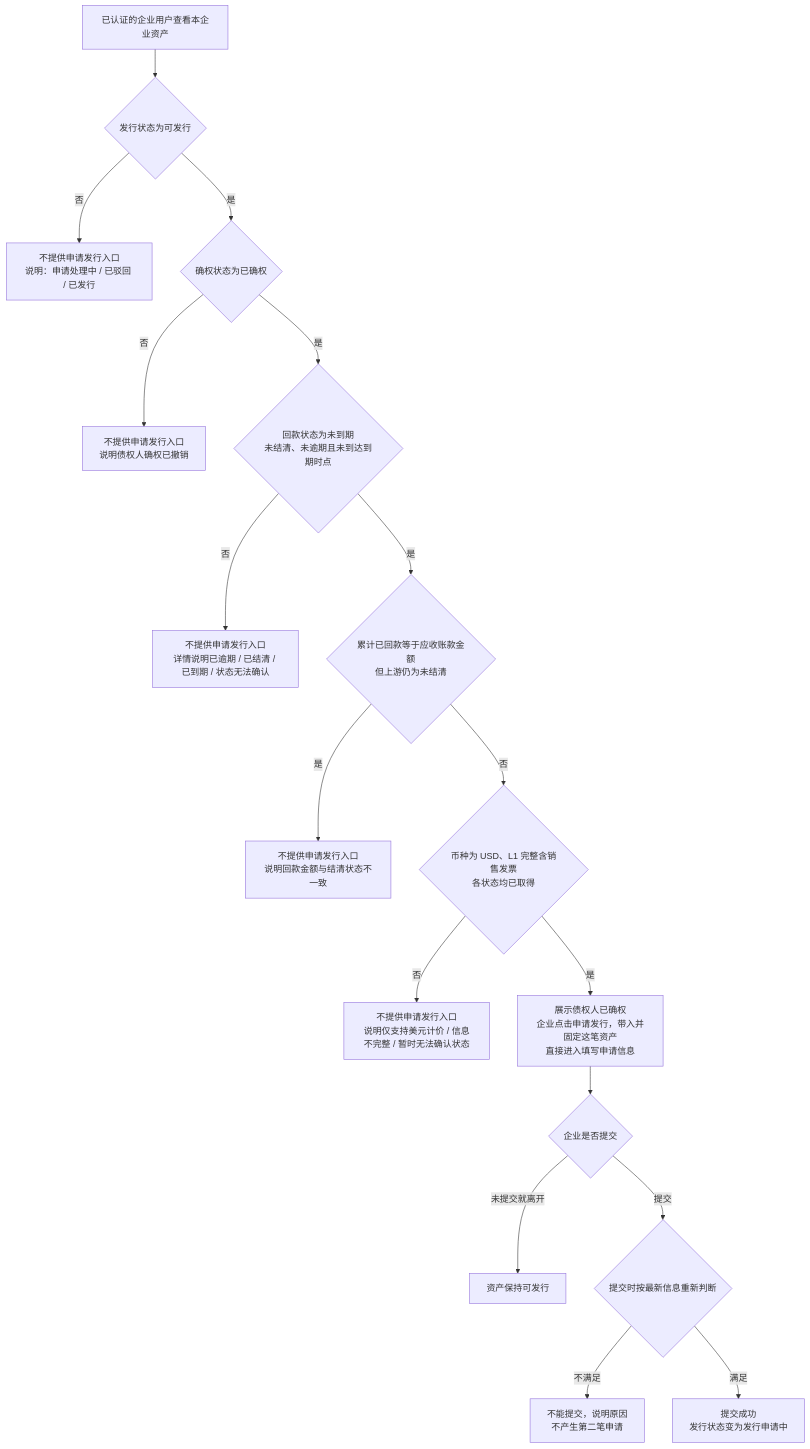
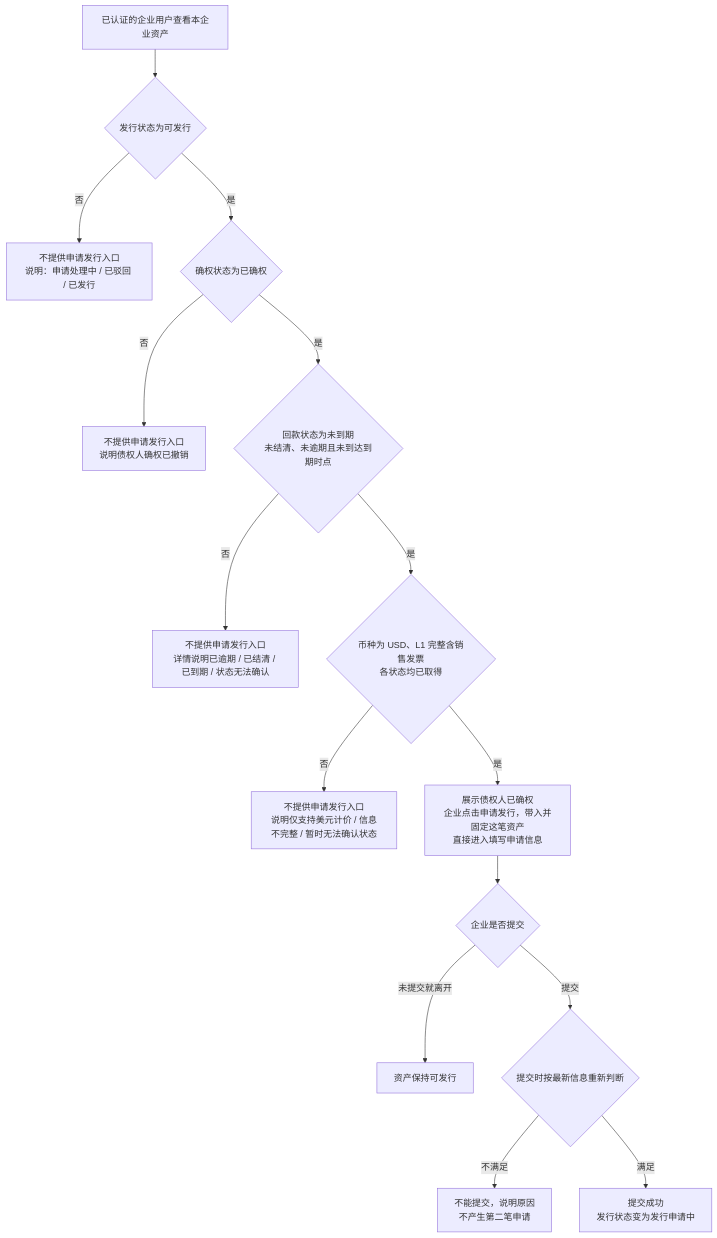
Before and after one commit to wxblockchain/Chain-Financing: the fifth of 6 diagrams in token-issuance-platform/PRD/两端共用/M2-可信资产/02-可信资产-流程图与状态机.md, drawn with Mermaid. The commit also changed other lines of this file and 2 other files, not shown here.

````diff
--- a/token-issuance-platform/PRD/两端共用/M2-可信资产/02-可信资产-流程图与状态机.md
+++ b/token-issuance-platform/PRD/两端共用/M2-可信资产/02-可信资产-流程图与状态机.md
@@ -93,19 +93,17 @@
 ```mermaid
 flowchart TD
     A[已认证的企业用户查看本企业资产] --> B{发行状态为可发行}
     B -->|否| X[不提供申请发行入口<br/>说明：申请处理中 / 已驳回 / 已发行]
     B -->|是| C{确权状态为已确权}
     C -->|否| Y[不提供申请发行入口<br/>说明债权人确权已撤销]
     C -->|是| D{回款状态为未到期<br/>未结清、未逾期且未到达到期时点}
     D -->|否| Z[不提供申请发行入口<br/>详情说明已逾期 / 已结清 / 已到期 / 状态无法确认]
-    D -->|是| R{累计已回款等于应收账款金额<br/>但上游仍为未结清}
-    R -->|是| V[不提供申请发行入口<br/>说明回款金额与结清状态不一致]
-    R -->|否| E{币种为 USD、L1 完整含销售发票<br/>各状态均已取得}
+    D -->|是| E{币种为 USD、L1 完整含销售发票<br/>各状态均已取得}
     E -->|否| W[不提供申请发行入口<br/>说明仅支持美元计价 / 信息不完整 / 暂时无法确认状态]
     E -->|是| F[展示债权人已确权<br/>企业点击申请发行，带入并固定这笔资产<br/>直接进入填写申请信息]
     F --> G{企业是否提交}
     G -->|未提交就离开| H[资产保持可发行]
     G -->|提交| I{提交时按最新信息重新判断}
     I -->|不满足| J[不能提交，说明原因<br/>不产生第二笔申请]
     I -->|满足| K[提交成功<br/>发行状态变为发行申请中]
 ```
````
